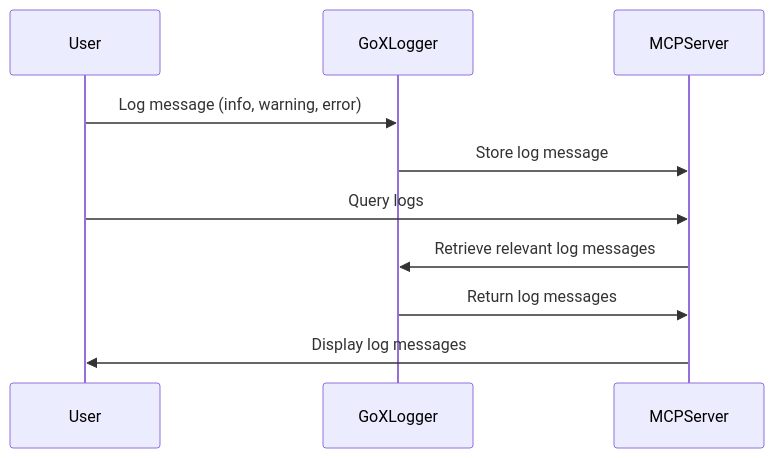
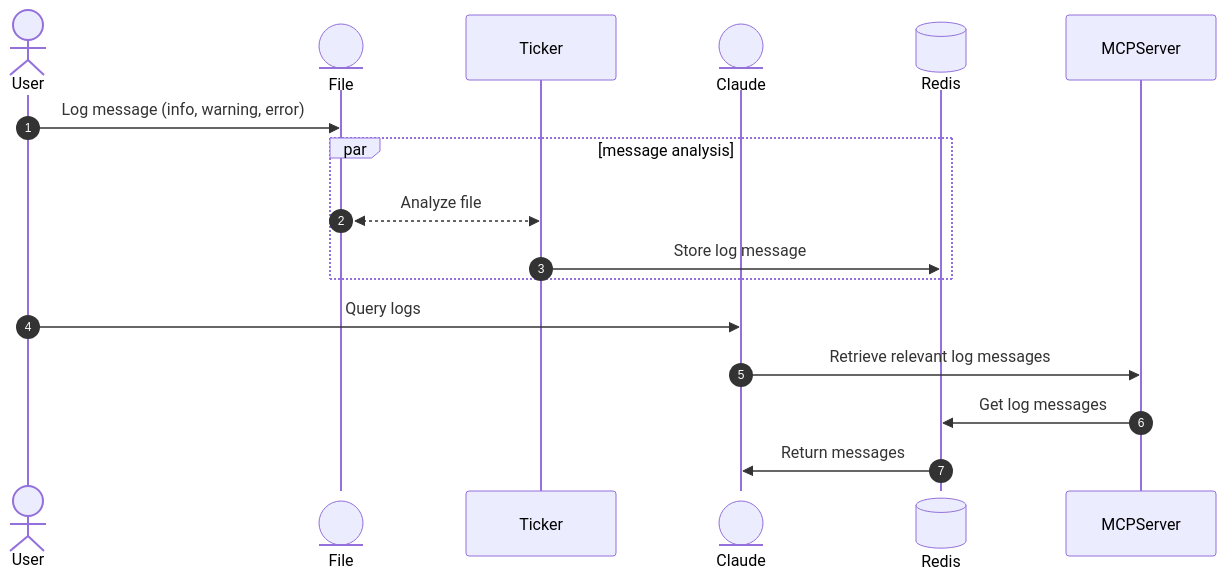
Before and after one commit to Zadigo/xlogger: the diagram in README.MD, drawn with Mermaid. The commit also changed 5 other files, not shown here.

````diff
--- a/README.MD
+++ b/README.MD
@@ -9,13 +9,24 @@
 ```mermaid
 sequenceDiagram
-    participant User
-    participant GoXLogger
-    participant MCPServer
 
-    User->>GoXLogger: Log message (info, warning, error)
-    GoXLogger->>MCPServer: Store log message
-    User->>MCPServer: Query logs
-    MCPServer->>GoXLogger: Retrieve relevant log messages
-    GoXLogger->>MCPServer: Return log messages
-    MCPServer->>User: Display log messages
+autonumber
+  
+actor U as User
+participant F@{type: "entity"} as File
+participant T as Ticker
+participant C@{type: "entity"} as Claude
+participant R@{type: "database"} as Redis
+participant M as MCPServer
+
+U->>F: Log message (info, warning, error)
+
+par message analysis
+F<<-->>T: Analyze file
+T->>R: Store log message
+end 
+
+U->>C: Query logs
+C->>M: Retrieve relevant log messages
+M->>R: Get log messages
+R->>C: Return messages
 ```
````
